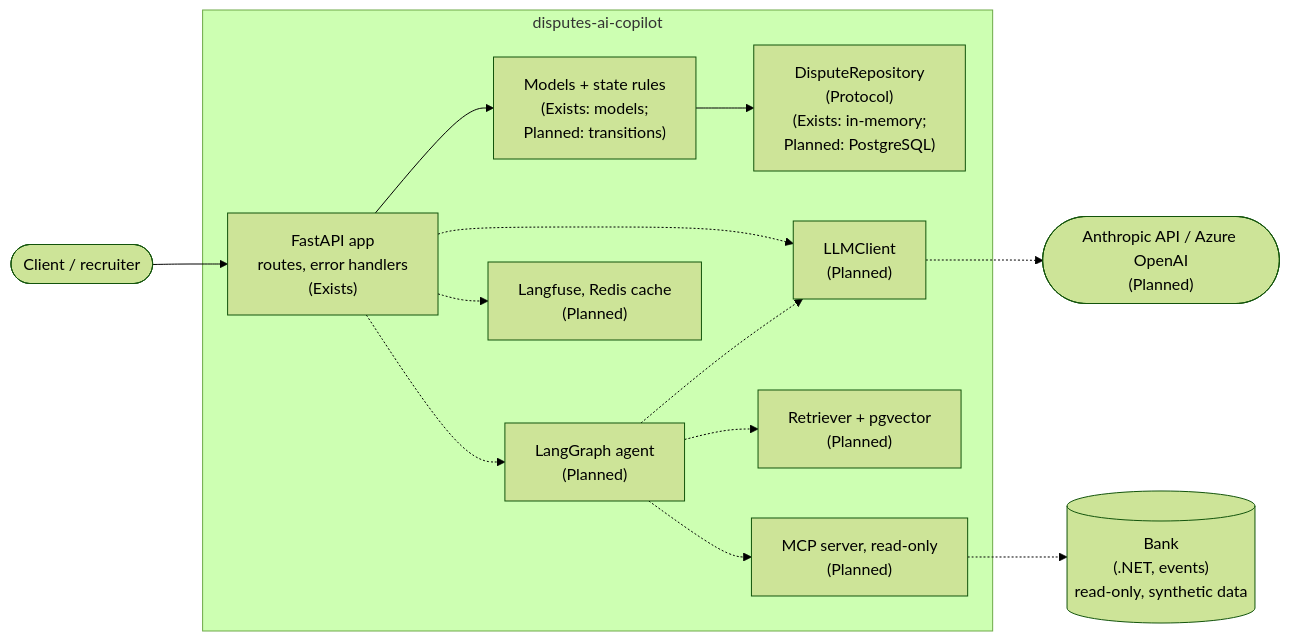
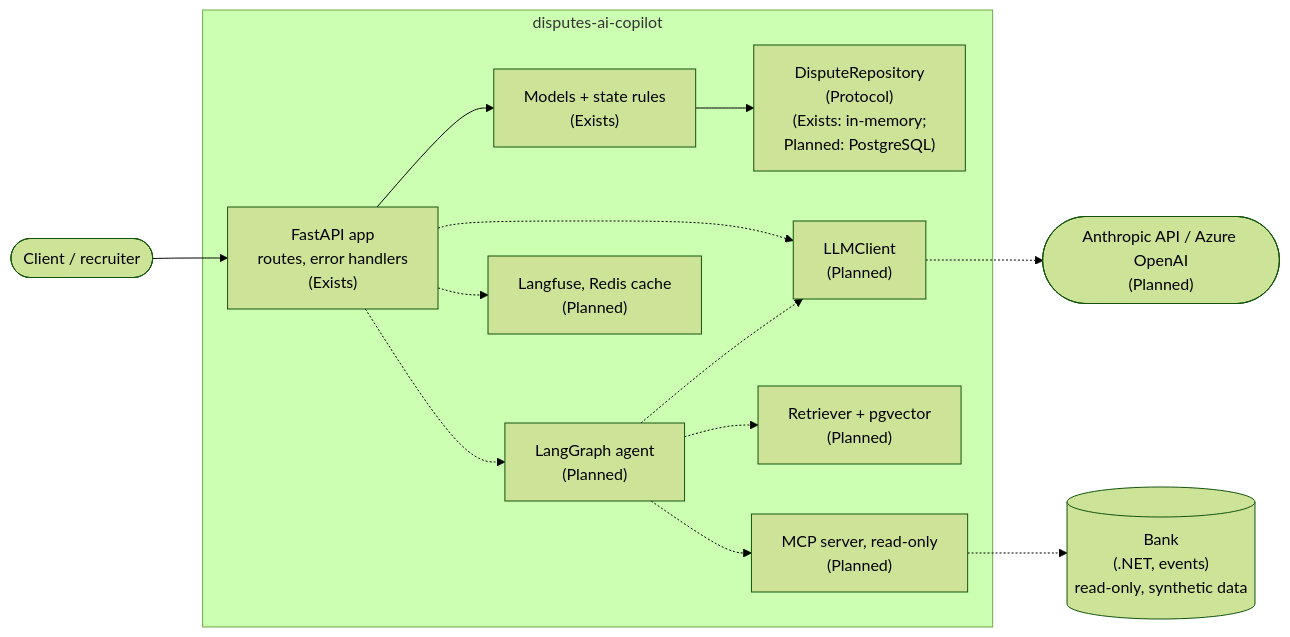
The diagram in docs/ARCHITECTURE.md (jdrojasrs-maker/disputes-ai-copilot), drawn with Mermaid (forest theme) before and after one commit. The commit also changed other lines of this file and 2 other files, not shown here.

First line of the commit message:
docs: update README, architecture and project state for feature 002

````diff
--- a/docs/ARCHITECTURE.md
+++ b/docs/ARCHITECTURE.md
@@ -17,28 +17,28 @@
 ```mermaid
 flowchart LR
     client([Client / recruiter])
     subgraph disputes["disputes-ai-copilot"]
         api["FastAPI app<br/>routes, error handlers<br/>(Exists)"]
-        domain["Models + state rules<br/>(Exists: models;<br/>Planned: transitions)"]
+        domain["Models + state rules<br/>(Exists)"]
         repo["DisputeRepository<br/>(Protocol)<br/>(Exists: in-memory;<br/>Planned: PostgreSQL)"]
         llm["LLMClient<br/>(Planned)"]
         rag["Retriever + pgvector<br/>(Planned)"]
         agent["LangGraph agent<br/>(Planned)"]
         mcp["MCP server, read-only<br/>(Planned)"]
         obs["Langfuse, Redis cache<br/>(Planned)"]
     end
     bank[("Bank<br/>(.NET, events)<br/>read-only, synthetic data")]
     providers(["Anthropic API / Azure OpenAI<br/>(Planned)"])
 
     client --> api
     api --> domain
     domain --> repo
     api -.-> llm
     api -.-> agent
     agent -.-> llm
     agent -.-> rag
     agent -.-> mcp
     llm -.-> providers
     mcp -.-> bank
     api -.-> obs
 ```
````
